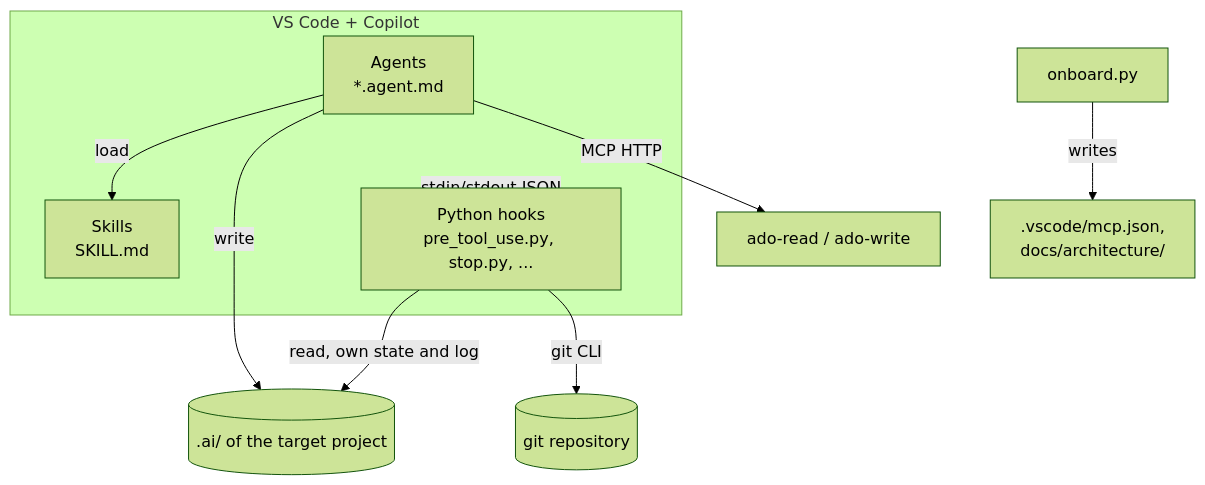
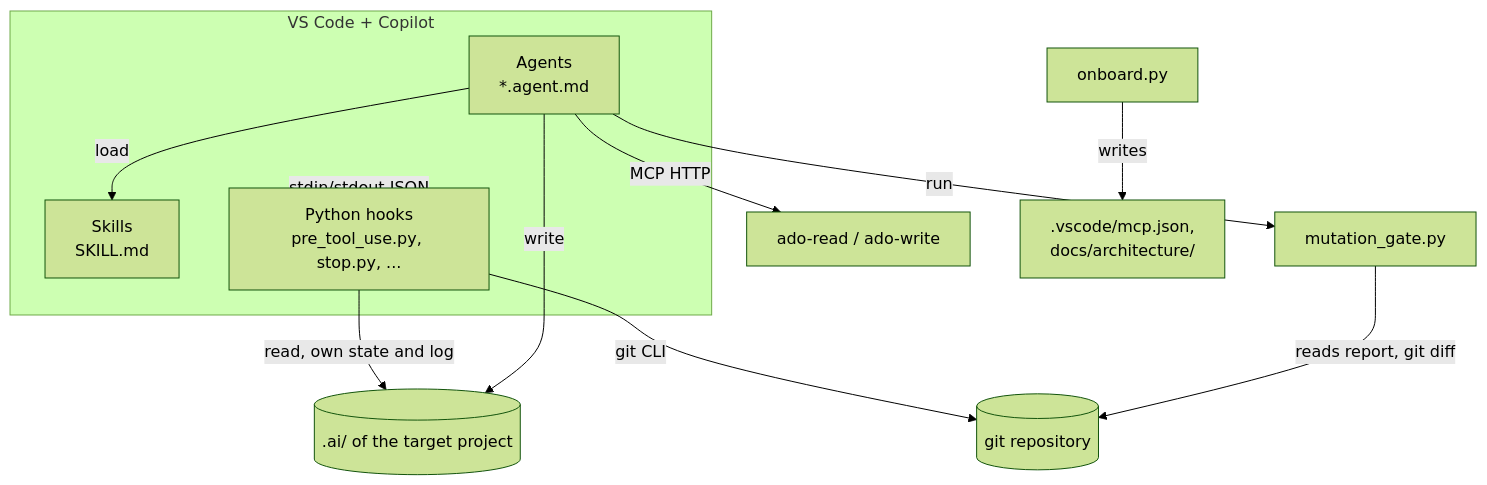
Before and after one commit to Antonin-Artaud/ai-driven-dev-harness: the diagram in docs/architecture/containers.md, drawn with Mermaid (forest theme). The commit also changed other lines of this file and 37 other files, not shown here.

````diff
--- a/docs/architecture/containers.md
+++ b/docs/architecture/containers.md
@@ -33,15 +35,17 @@
 ```mermaid
 flowchart TB
   subgraph host[VS Code + Copilot]
     agents[Agents<br/>*.agent.md]
     skills[Skills<br/>SKILL.md]
     hooks[Python hooks<br/>pre_tool_use.py, stop.py, ...]
   end
   agents -->|load| skills
   host -->|stdin/stdout JSON| hooks
   hooks -->|read, own state and log| ai[(.ai/ of the target project)]
   hooks -->|git CLI| git[(git repository)]
   agents -->|write| ai
   agents -->|MCP HTTP| mcp[ado-read / ado-write]
   onboard[onboard.py] -->|writes| cfg[.vscode/mcp.json,<br/>docs/architecture/]
+  agents -->|run| gate[mutation_gate.py]
+  gate -->|reads report, git diff| git
 ```
````
